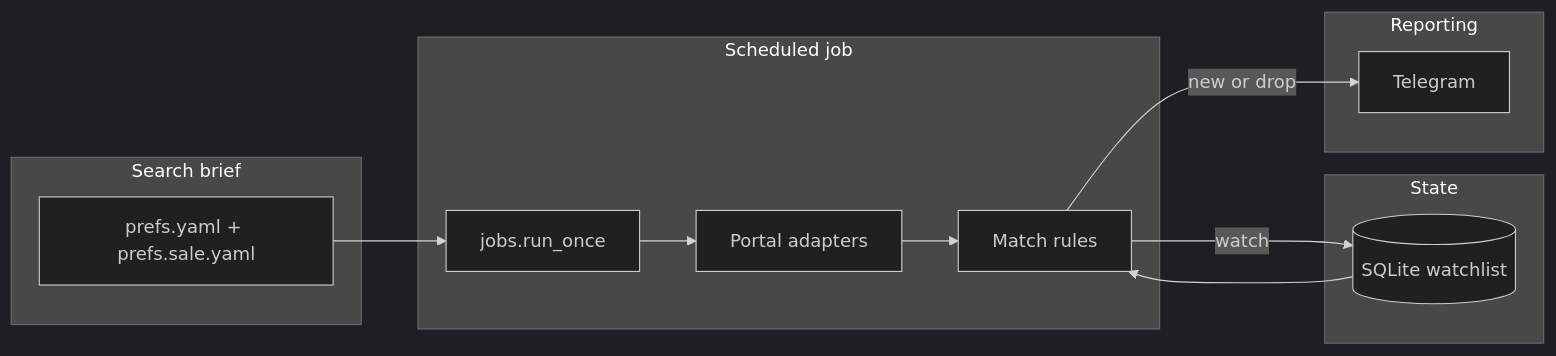
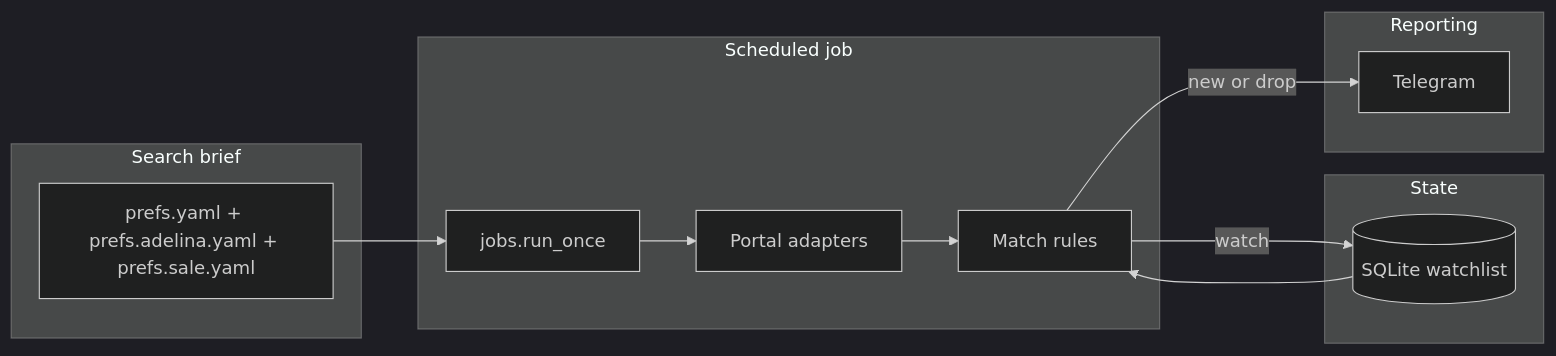
One commit to demichele/rental-scout changed the diagram in README.md. Above: the diagram before and after it, drawn with Mermaid (dark theme). The commit also changed other lines of this file and 9 other files, not shown here.

````diff
--- a/README.md
+++ b/README.md
@@ -23,23 +23,23 @@
 ```mermaid
 flowchart LR
   subgraph brief [Search brief]
-    P[prefs.yaml + prefs.sale.yaml]
+    P[prefs.yaml + prefs.adelina.yaml + prefs.sale.yaml]
   end
   subgraph worker [Scheduled job]
     J[jobs.run_once]
     A[Portal adapters]
     M[Match rules]
   end
   subgraph memory [State]
     D[(SQLite watchlist)]
   end
   subgraph report [Reporting]
     T[Telegram]
   end
   P --> J
   J --> A
   A --> M
   M -->|watch| D
   M -->|new or drop| T
   D --> M
 ```
````
